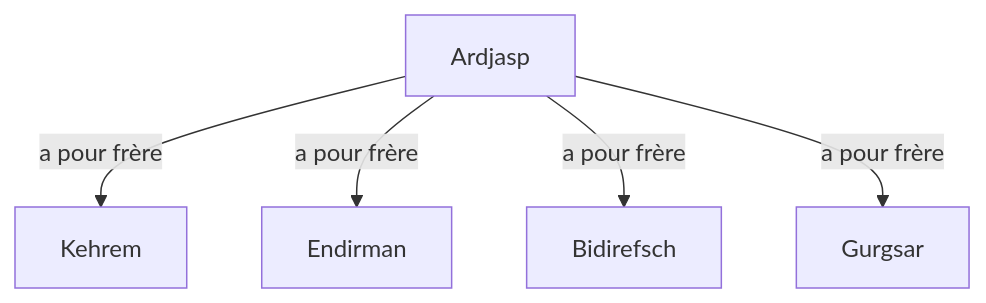
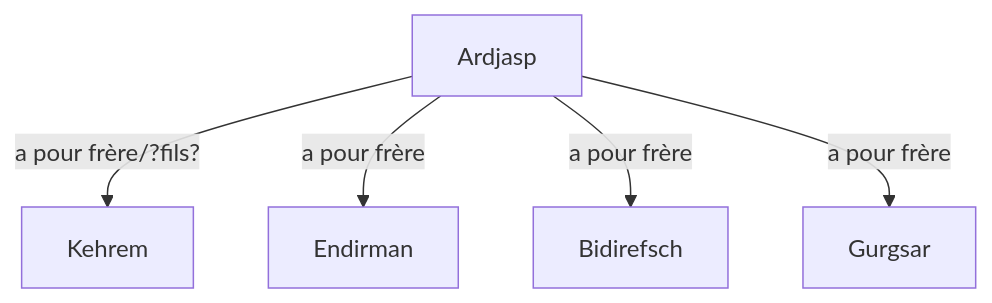
Before and after one commit to hdorgeval/le-livre-des-rois: the diagram in src/graphs/ardjasp/ardjasp.mmd, drawn with Mermaid. The commit also changed 1 other file, not shown here.

Commit message:
feat(ardjasp): update genealogy

```diff
--- a/src/graphs/ardjasp/ardjasp.mmd
+++ b/src/graphs/ardjasp/ardjasp.mmd
@@ -1,5 +1,5 @@
 graph TD
-Ardjasp --a pour frère--> Kehrem
+Ardjasp --a pour frère/?fils?--> Kehrem
 Ardjasp --a pour frère--> Endirman
 Ardjasp --a pour frère--> Bidirefsch
 Ardjasp --a pour frère--> Gurgsar
```
